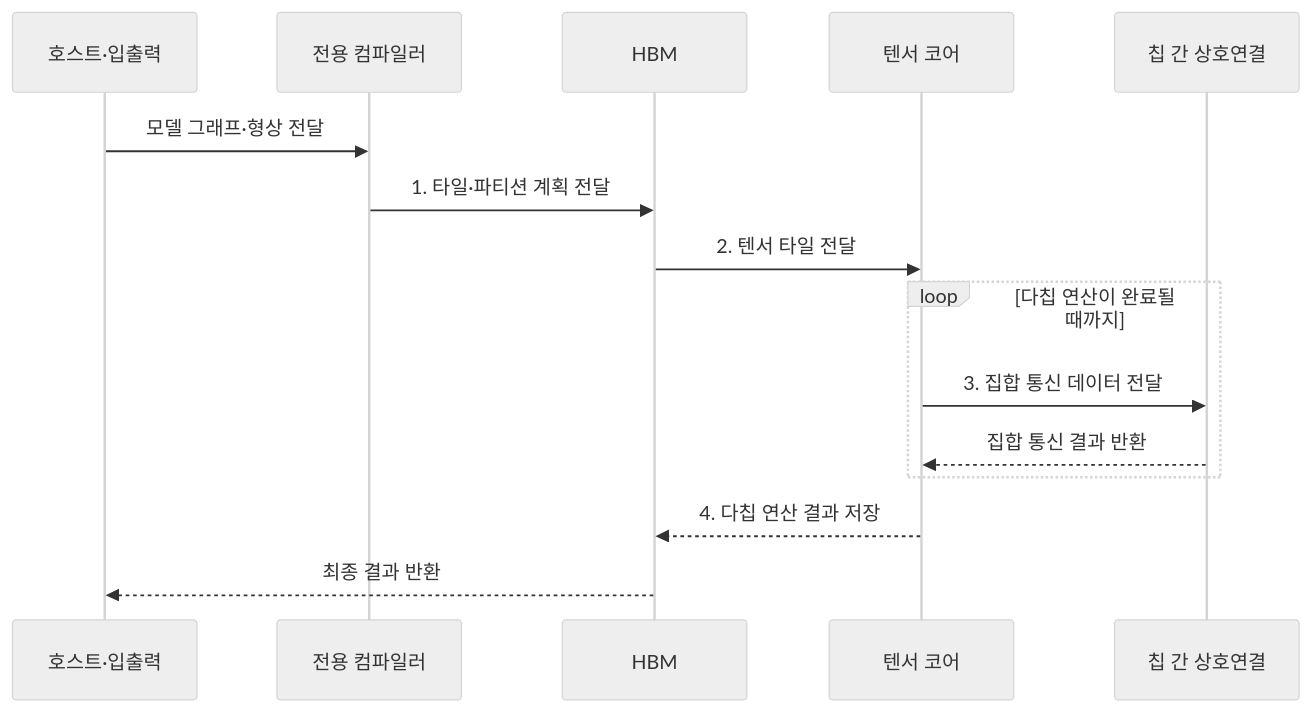
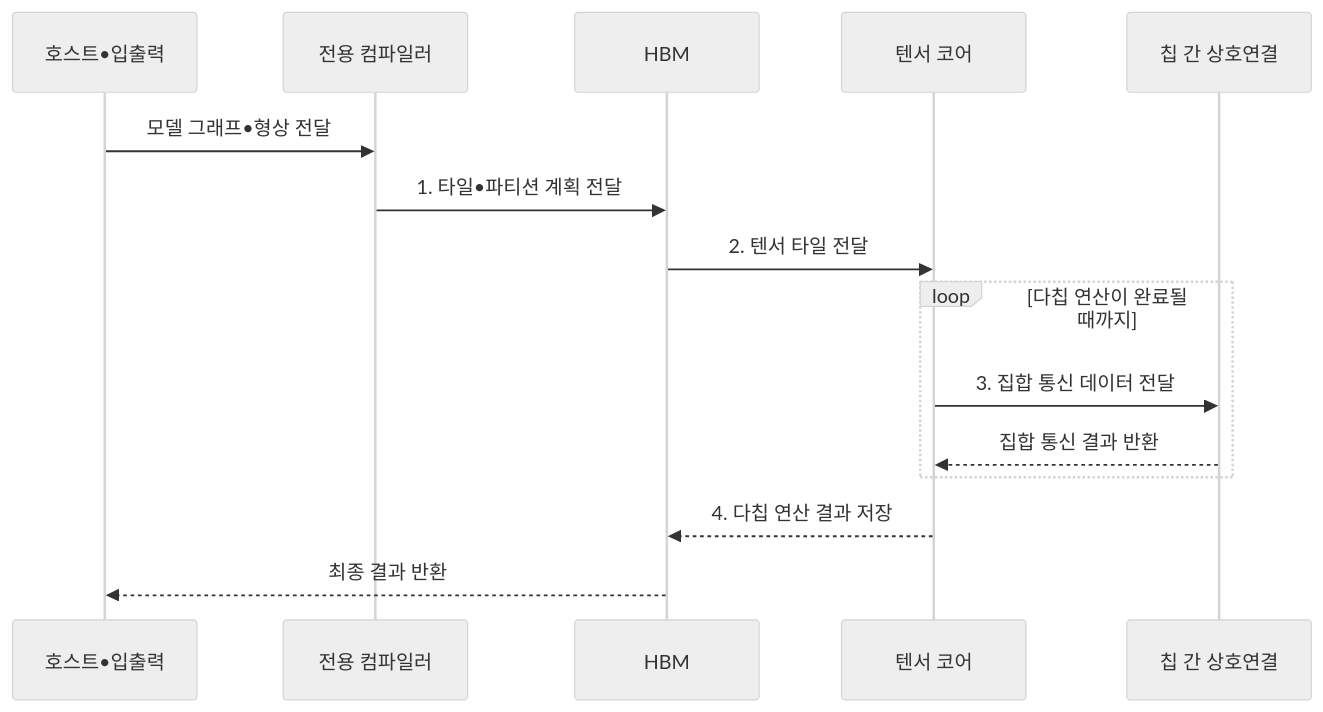
Before and after one commit to agnusdei1207/knowledge-base: the second of 2 diagrams in src/content/docs/notes/08-latest-tech/142_tpu.md, drawn with Mermaid (neutral theme). The commit also changed other lines of this file and 953 other files, not shown here.

````diff
--- a/src/content/docs/notes/08-latest-tech/142_tpu.md
+++ b/src/content/docs/notes/08-latest-tech/142_tpu.md
@@ -108,17 +108,17 @@
 ```mermaid
 sequenceDiagram
-    participant H as 호스트·입출력
+    participant H as 호스트•입출력
     participant C as 전용 컴파일러
     participant M as HBM
     participant T as 텐서 코어
     participant I as 칩 간 상호연결
-    H->>C: 모델 그래프·형상 전달
-    C->>M: 1. 타일·파티션 계획 전달
+    H->>C: 모델 그래프•형상 전달
+    C->>M: 1. 타일•파티션 계획 전달
     M->>T: 2. 텐서 타일 전달
     loop 다칩 연산이 완료될 때까지
         T->>I: 3. 집합 통신 데이터 전달
         I-->>T: 집합 통신 결과 반환
     end
     T-->>M: 4. 다칩 연산 결과 저장
     M-->>H: 최종 결과 반환
 ```
````
